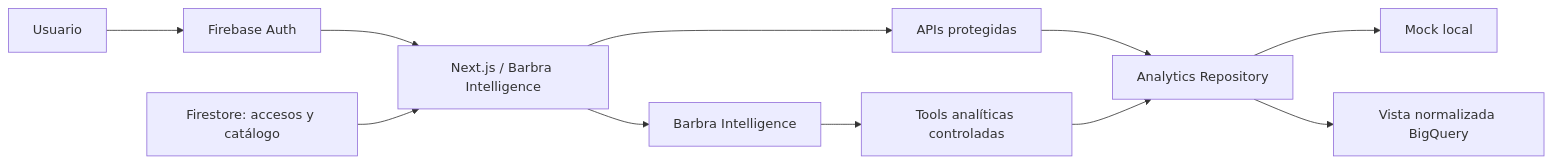
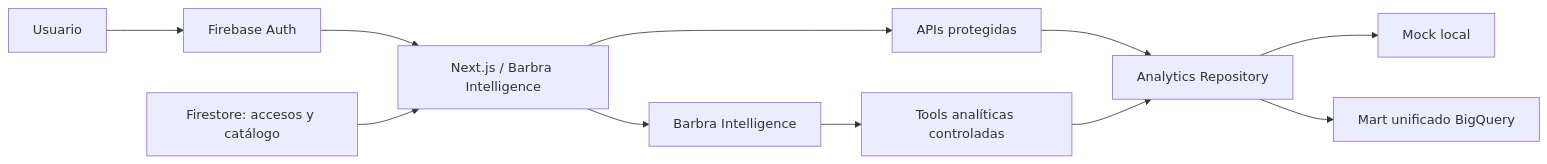
Before and after one commit to barbra-app/barbra-ai: the diagram in README.md, drawn with Mermaid. The commit also changed other lines of this file and 14 other files, not shown here.

Commit message:
Connect Barbra Intelligence to canonical BigQuery mart

````diff
--- a/README.md
+++ b/README.md
@@ -18,13 +18,13 @@
 ```mermaid
 flowchart LR
   U[Usuario] --> A[Firebase Auth]
   A --> N[Next.js / Barbra Intelligence]
   F[Firestore: accesos y catálogo] --> N
   N --> API[APIs protegidas]
   API --> R[Analytics Repository]
   R --> M[Mock local]
-  R --> B[Vista normalizada BigQuery]
+  R --> B[Mart unificado BigQuery]
   N --> AI[Barbra Intelligence]
   AI --> T[Tools analíticas controladas]
   T --> R
 ```
````
